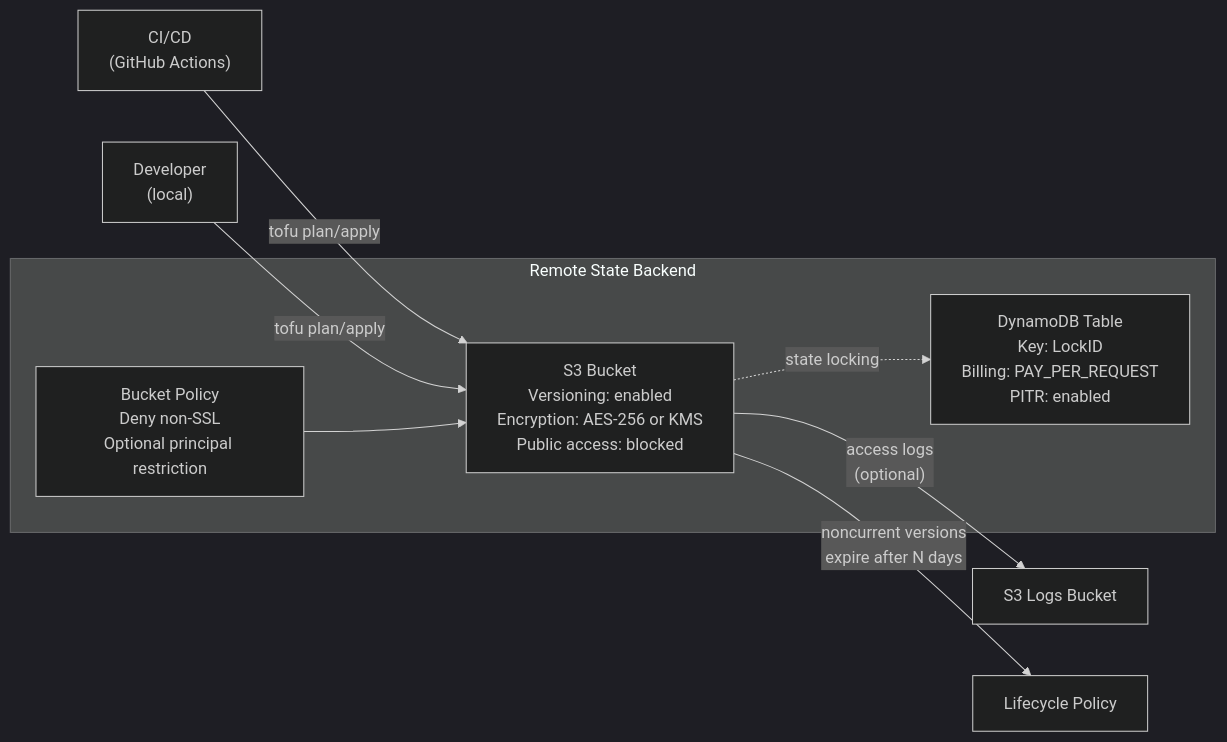
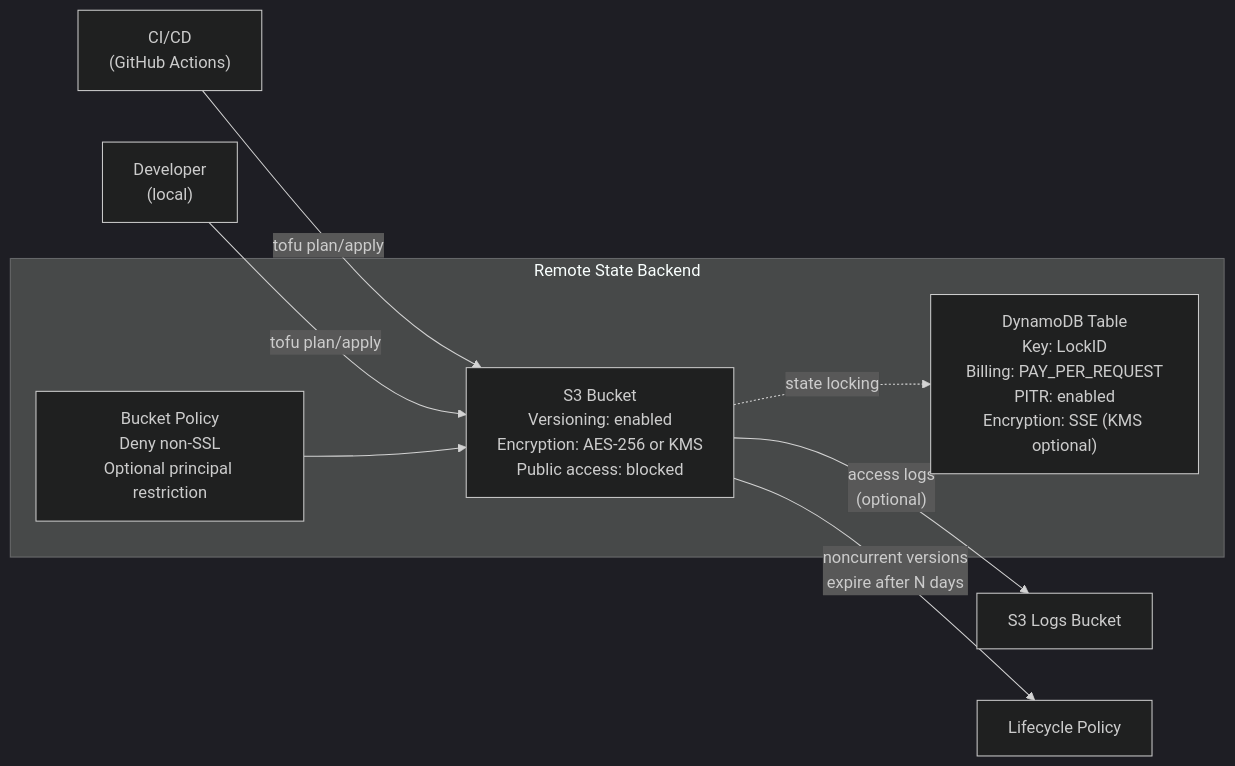
One commit to jsandov/mcp-infra changed the diagram in docs/architecture/remote-state.md. Above: the diagram before and after it, drawn with Mermaid (dark theme). The commit also changed other lines of this file and 3 other files, not shown here.

First line of the commit message:
Update architecture diagrams for WAF audit fixes

````diff
--- a/docs/architecture/remote-state.md
+++ b/docs/architecture/remote-state.md
@@ -3,17 +3,17 @@
 ```mermaid
 flowchart LR
     CI["CI/CD<br/>(GitHub Actions)"] -->|"tofu plan/apply"| S3
     Dev["Developer<br/>(local)"] -->|"tofu plan/apply"| S3
 
     subgraph Backend["Remote State Backend"]
         S3["S3 Bucket<br/>Versioning: enabled<br/>Encryption: AES-256 or KMS<br/>Public access: blocked"]
-        DDB["DynamoDB Table<br/>Key: LockID<br/>Billing: PAY_PER_REQUEST<br/>PITR: enabled"]
+        DDB["DynamoDB Table<br/>Key: LockID<br/>Billing: PAY_PER_REQUEST<br/>PITR: enabled<br/>Encryption: SSE (KMS optional)"]
         BucketPolicy["Bucket Policy<br/>Deny non-SSL<br/>Optional principal restriction"]
     end
 
     S3 -.->|"state locking"| DDB
     BucketPolicy --> S3
 
     S3 -->|"access logs<br/>(optional)"| LogsBucket["S3 Logs Bucket"]
     S3 -->|"noncurrent versions<br/>expire after N days"| Lifecycle["Lifecycle Policy"]
 ```
````
